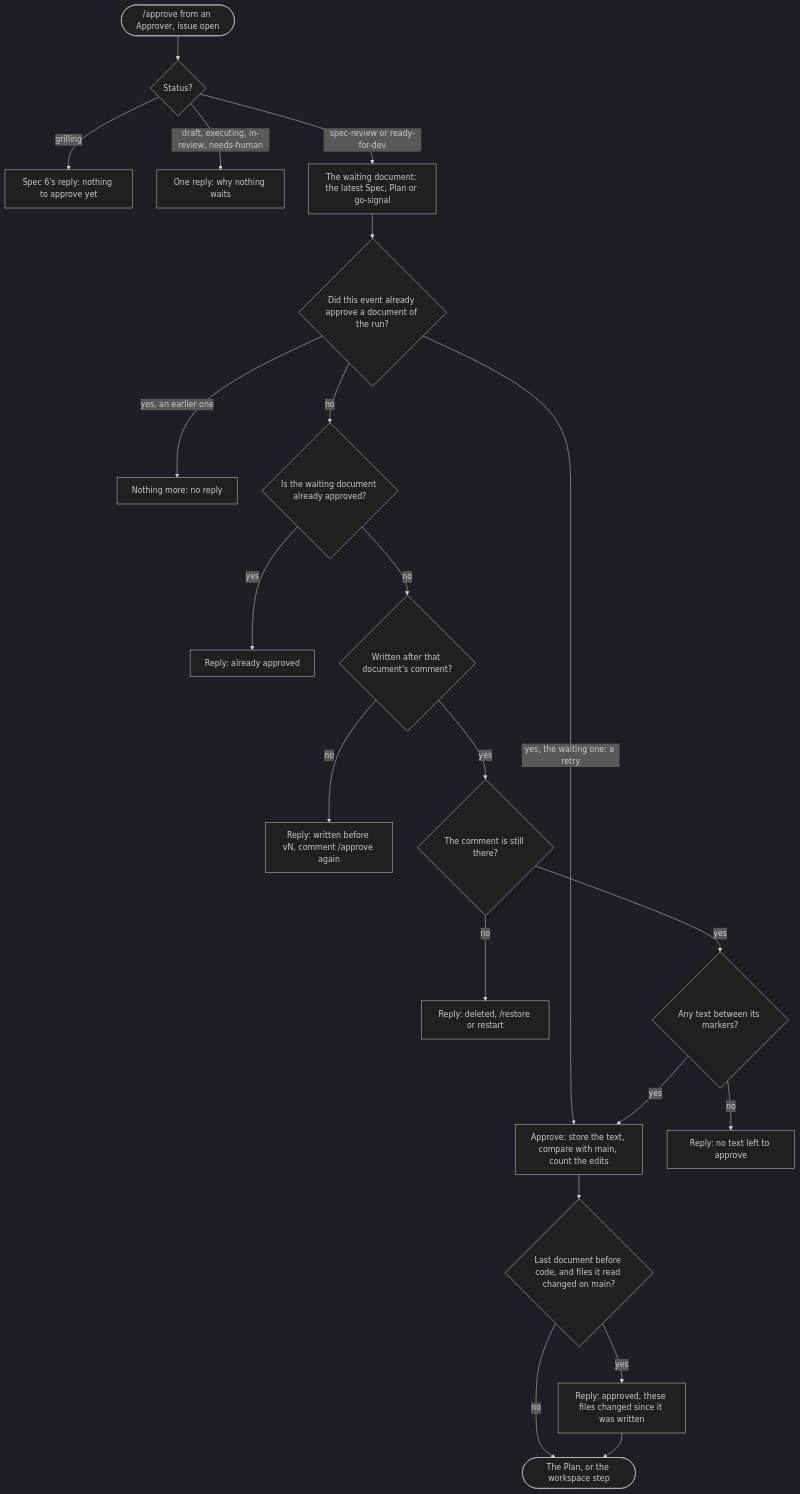
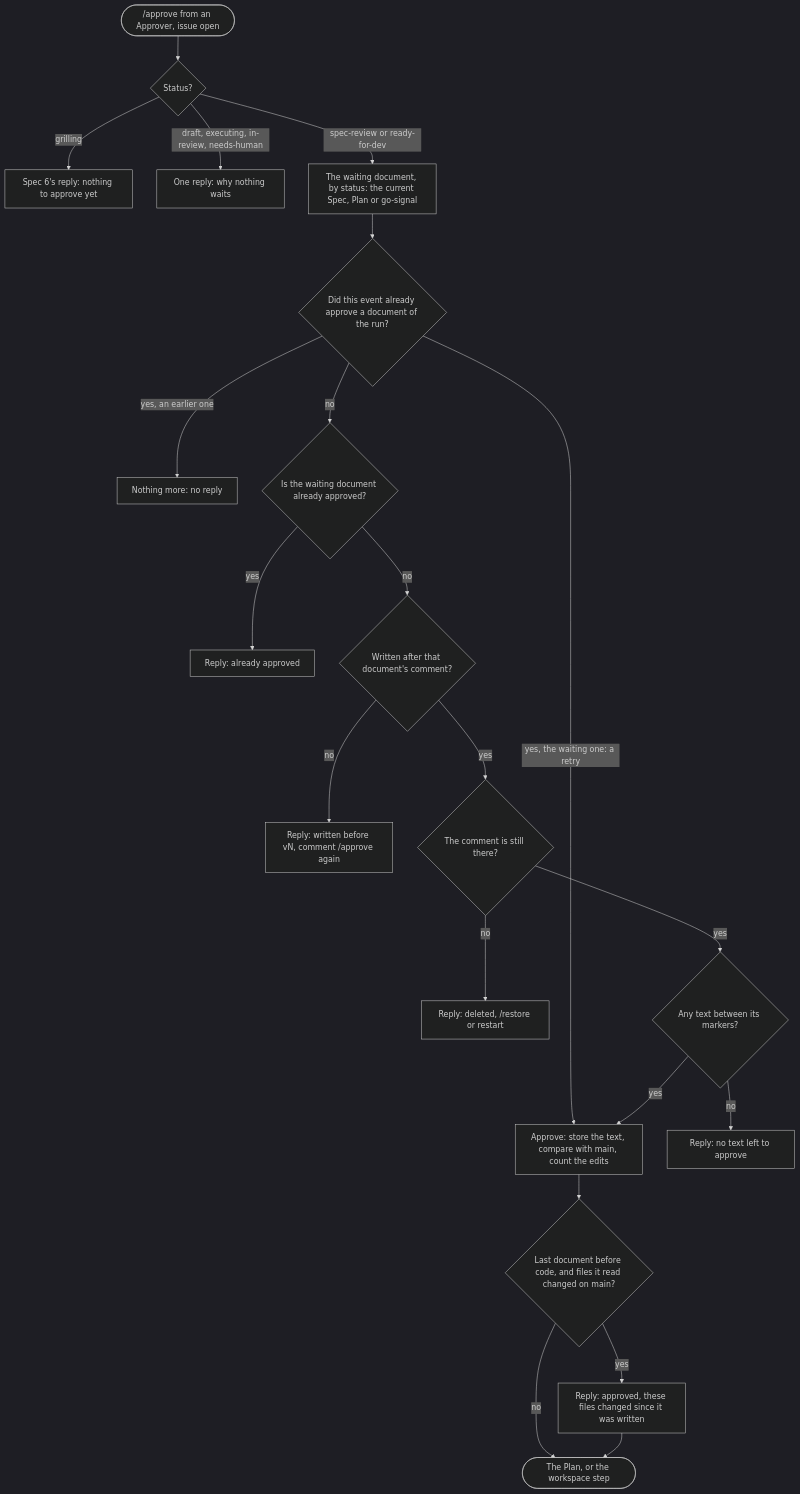
One commit to Hugoer/sdd-agent changed the second of 5 diagrams in docs/specs/spec-github-agent-spec-plan-approvals.md. Above: the diagram before and after it, drawn with Mermaid (dark theme). The commit also changed other lines of this file and 33 other files, not shown here.

Commit message:
feat: spec 7 checkpoint 1: plan decisions in the spec and overview; diff 9.0.0 and the document text; task_documents and document_actions with DocumentsStore; changedFiles and compareUrl; text output with a maximum; list_files and read_file

````diff
--- a/docs/specs/spec-github-agent-spec-plan-approvals.md
+++ b/docs/specs/spec-github-agent-spec-plan-approvals.md
@@ -469,23 +496,23 @@
 ```mermaid
 flowchart TD
     a(["/approve from an Approver, issue open"]) --> st{"Status?"}
     st -- grilling --> g6["Spec 6's reply: nothing to approve yet"]
     st -- "draft, executing, in-review, needs-human" --> nw["One reply: why nothing waits"]
-    st -- "spec-review or ready-for-dev" --> w["The waiting document: the latest Spec, Plan or go-signal"]
+    st -- "spec-review or ready-for-dev" --> w["The waiting document, by status: the current Spec, Plan or go-signal"]
     w --> rec{"Did this event already approve a document of the run?"}
     rec -- "yes, the waiting one: a retry" --> ok
     rec -- "yes, an earlier one" --> done["Nothing more: no reply"]
     rec -- no --> appr{"Is the waiting document already approved?"}
     appr -- yes --> ra["Reply: already approved"]
     appr -- no --> before{"Written after that document's comment?"}
     before -- no --> rb["Reply: written before vN, comment /approve again"]
     before -- yes --> del{"The comment is still there?"}
     del -- no --> rd["Reply: deleted, /restore or restart"]
     del -- yes --> empty{"Any text between its markers?"}
     empty -- no --> re["Reply: no text left to approve"]
     empty -- yes --> ok["Approve: store the text, compare with main, count the edits"]
     ok --> last{"Last document before code, and files it read changed on main?"}
     last -- yes --> wr["Reply: approved, these files changed since it was written"]
     last -- no --> next(["The Plan, or the workspace step"])
     wr --> next
 ```
````
